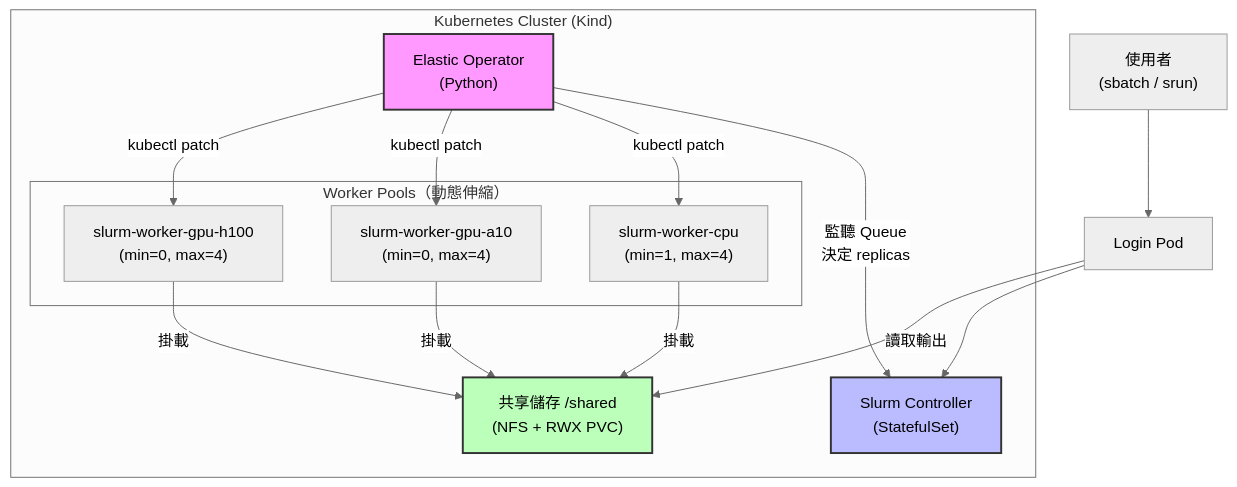
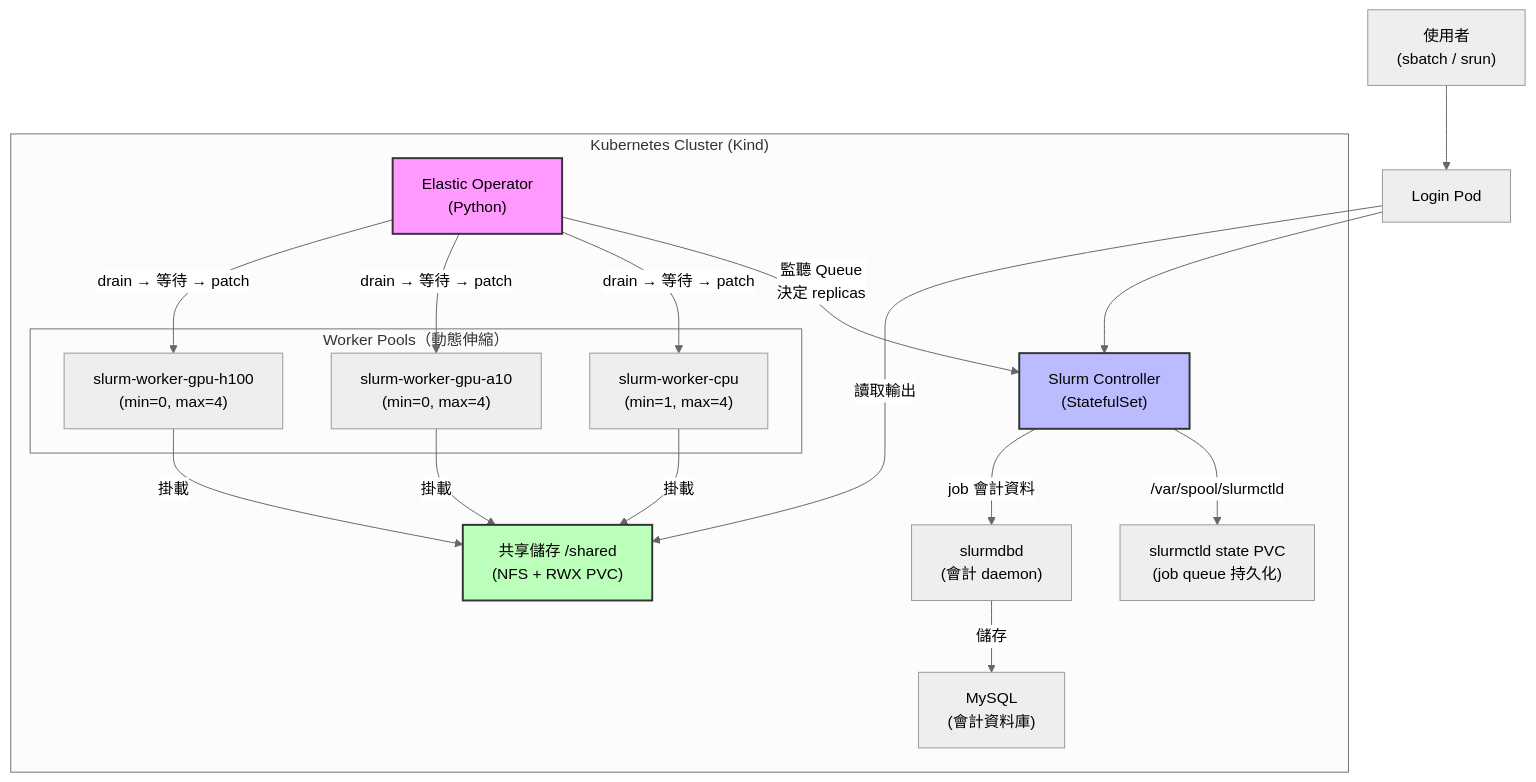
The diagram in README.md (SoWiEee/Slurm-on-K8s-For-DDP), drawn with Mermaid (neutral theme) before and after one commit. The commit also changed other lines of this file, not shown here.

````diff
--- a/README.md
+++ b/README.md
@@ -128,29 +128,35 @@
 ```mermaid
 graph TD
     User["使用者\n(sbatch / srun)"] --> Login["Login Pod"]
     Login --> SlurmCtld["Slurm Controller\n(StatefulSet)"]
 
     subgraph "Kubernetes Cluster (Kind)"
         SlurmCtld
         Operator["Elastic Operator\n(Python)"]
 
         subgraph "Worker Pools（動態伸縮）"
             CPU["slurm-worker-cpu\n(min=1, max=4)"]
             A10["slurm-worker-gpu-a10\n(min=0, max=4)"]
             H100["slurm-worker-gpu-h100\n(min=0, max=4)"]
         end
 
         NFS["共享儲存 /shared\n(NFS + RWX PVC)"]
+        StatePVC["slurmctld state PVC\n(job queue 持久化)"]
+        slurmdbd["slurmdbd\n(會計 daemon)"]
+        MySQL["MySQL\n(會計資料庫)"]
     end
 
     Operator -->|"監聽 Queue\n決定 replicas"| SlurmCtld
-    Operator -->|kubectl patch| CPU
-    Operator -->|kubectl patch| A10
-    Operator -->|kubectl patch| H100
+    Operator -->|"drain → 等待 → patch"| CPU
+    Operator -->|"drain → 等待 → patch"| A10
+    Operator -->|"drain → 等待 → patch"| H100
     CPU & A10 & H100 -->|掛載| NFS
     Login -->|讀取輸出| NFS
+    SlurmCtld -->|"/var/spool/slurmctld"| StatePVC
+    SlurmCtld -->|"job 會計資料"| slurmdbd
+    slurmdbd -->|"儲存"| MySQL
 
     style Operator fill:#f9f,stroke:#333,stroke-width:2px
     style SlurmCtld fill:#bbf,stroke:#333,stroke-width:2px
     style NFS fill:#bfb,stroke:#333,stroke-width:2px
 ```
````
